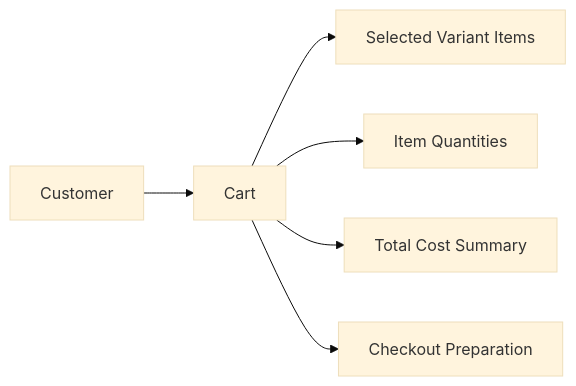
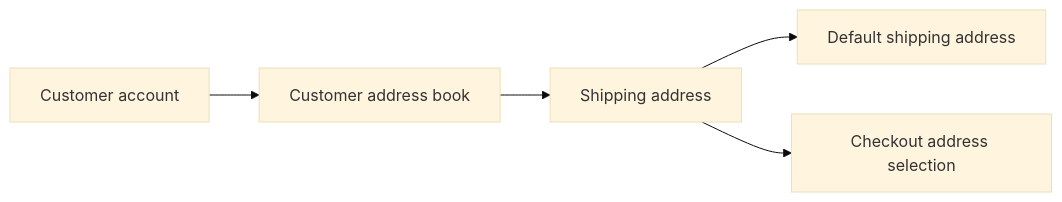
The eighth of 32 diagrams in openai/gpt-5.4-mini/shopping/docs/analysis/02-domain-model.md (wrtnlabs/autobe-examples), drawn with Mermaid (base theme) before and after one commit. The commit also changed other lines of this file and 9017 other files, not shown here.

````diff
--- a/openai/gpt-5.4-mini/shopping/docs/analysis/02-domain-model.md
+++ b/openai/gpt-5.4-mini/shopping/docs/analysis/02-domain-model.md
@@ -411,8 +140,7 @@
 ```mermaid
 flowchart LR
-    A["Customer"] --> B["Cart"]
-    B --> C["Selected Variant Items"]
-    B --> D["Item Quantities"]
-    B --> E["Total Cost Summary"]
-    B --> F["Checkout Preparation"]
+    A["Customer account"] --> B["Customer address book"]
+    B --> C["Shipping address"]
+    C --> D["Default shipping address"]
+    C --> E["Checkout address selection"]
 ```
````
